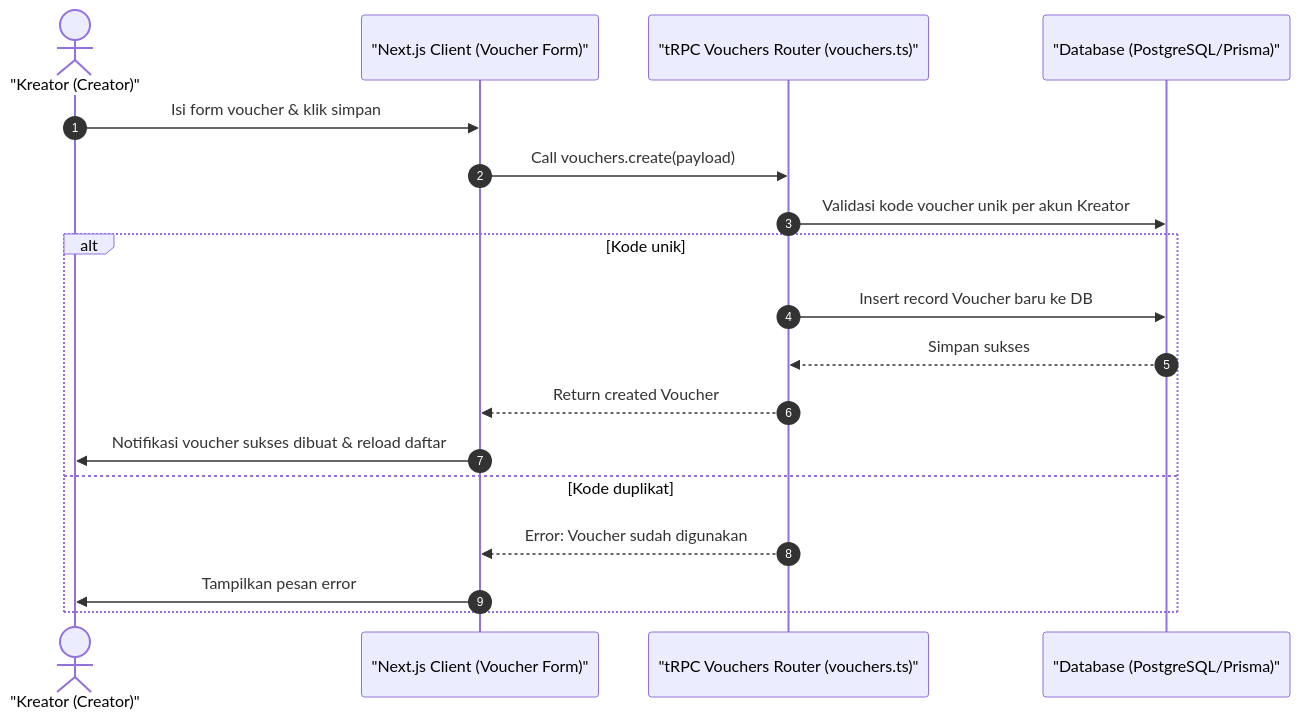
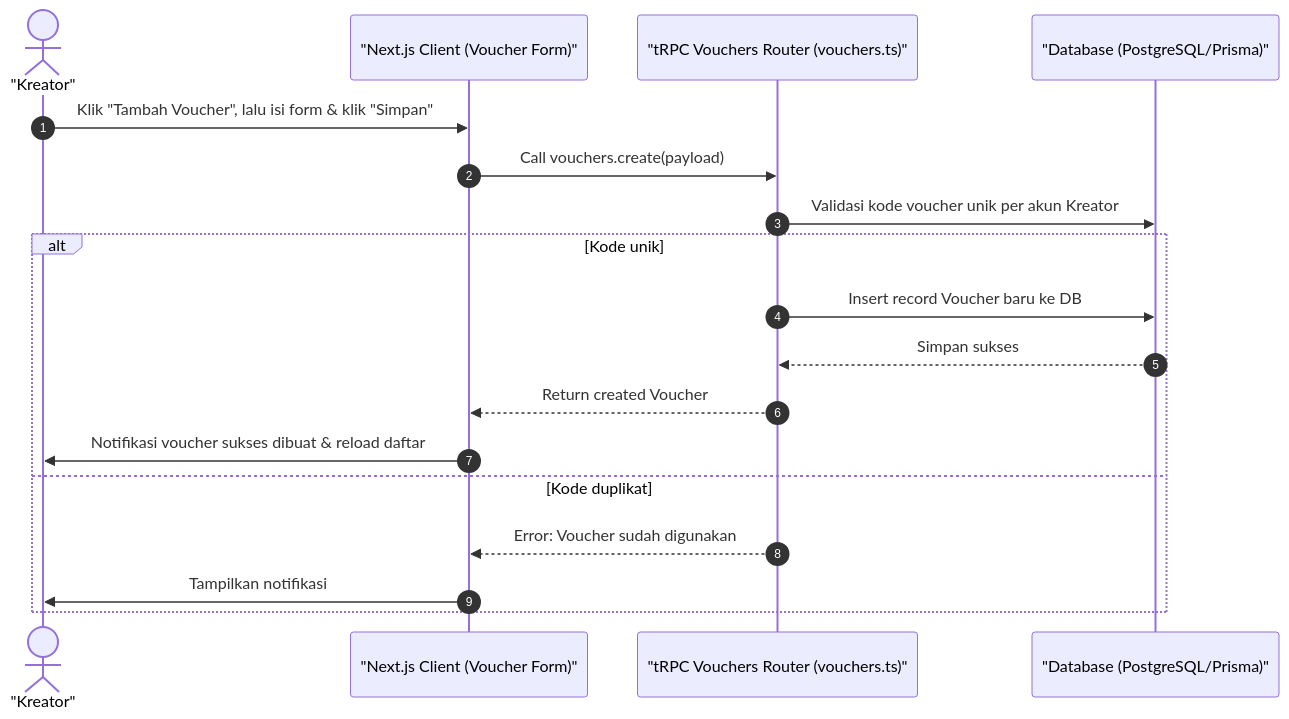
Before and after one commit to luputer/CuanIN: the diagram in docs/31-creator-voucher-add.md, drawn with Mermaid. The commit also changed 53 other files, not shown here.

````diff
--- a/docs/31-creator-voucher-add.md
+++ b/docs/31-creator-voucher-add.md
@@ -5,22 +5,22 @@
 ```mermaid
 sequenceDiagram
     autonumber
-    actor Creator as "Kreator (Creator)"
+    actor Creator as "Kreator"
     participant Client as "Next.js Client (Voucher Form)"
     participant Server as "tRPC Vouchers Router (vouchers.ts)"
     participant DB as "Database (PostgreSQL/Prisma)"
 
-    Creator->>Client: Isi form voucher & klik simpan
+    Creator->>Client: Klik "Tambah Voucher", lalu isi form & klik "Simpan"
     Client->>Server: Call vouchers.create(payload)
     Server->>DB: Validasi kode voucher unik per akun Kreator
     alt Kode unik
         Server->>DB: Insert record Voucher baru ke DB
         DB-->>Server: Simpan sukses
         Server-->>Client: Return created Voucher
         Client->>Creator: Notifikasi voucher sukses dibuat & reload daftar
     else Kode duplikat
         Server-->>Client: Error: Voucher sudah digunakan
-        Client->>Creator: Tampilkan pesan error
+        Client->>Creator: Tampilkan notifikasi
     end
 
 ```
````
